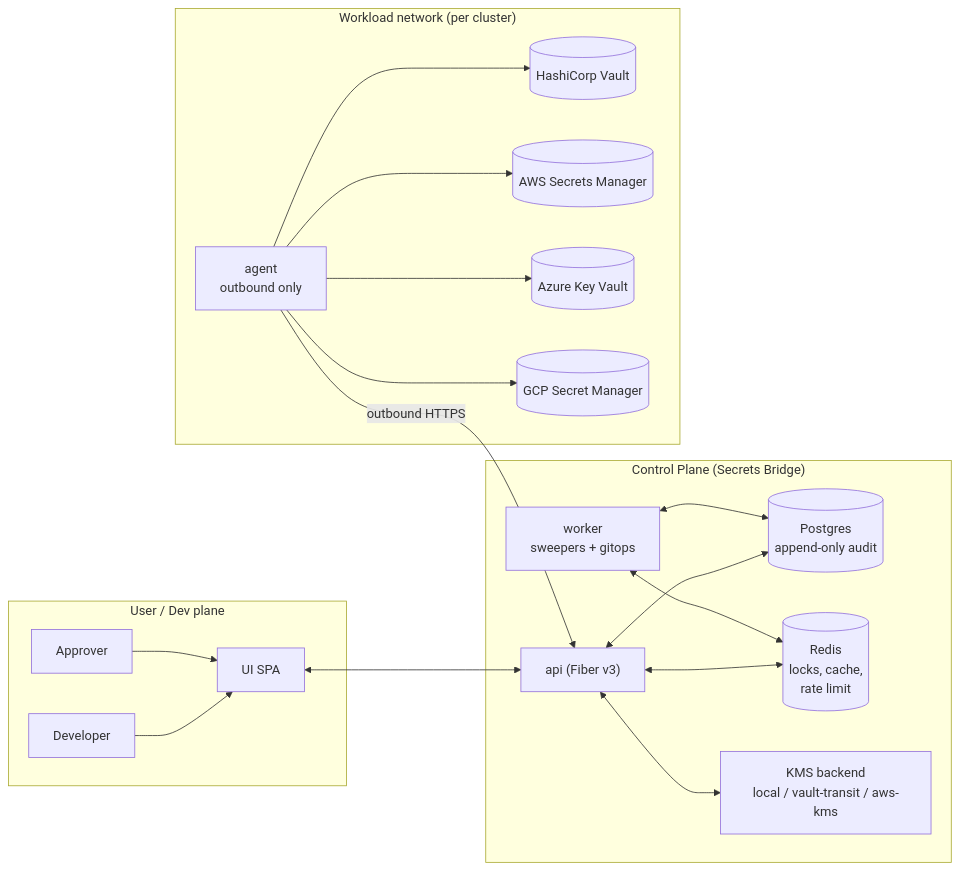
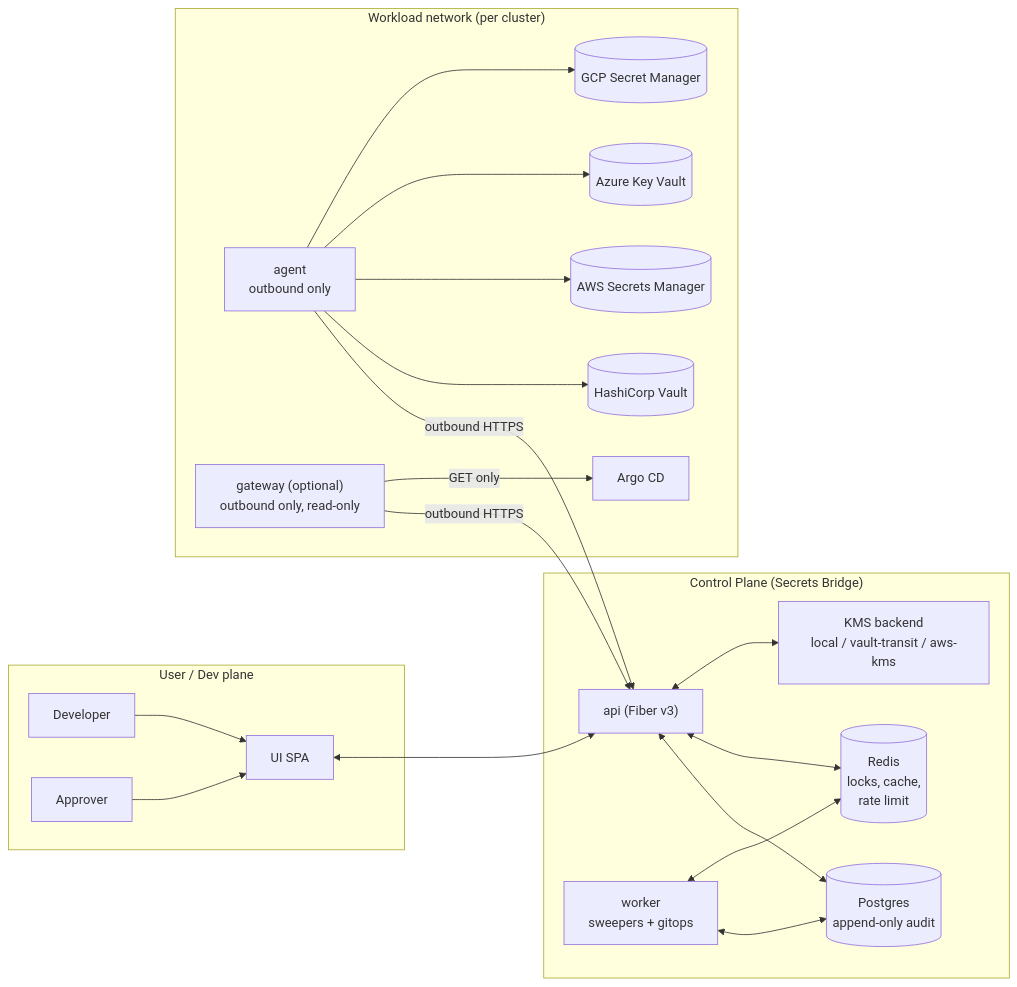
Before and after one commit to secrets-bridge/docs: the first of 5 diagrams in docs/overview/architecture.md, drawn with Mermaid. The commit also changed other lines of this file and 14 other files, not shown here.

First line of the commit message:
docs: the Gateway, Release 1 (Argo CD) (#70)

````diff
--- a/docs/overview/architecture.md
+++ b/docs/overview/architecture.md
@@ -7,38 +12,42 @@
 ```mermaid
 flowchart LR
     subgraph user_plane ["User / Dev plane"]
         UI["UI SPA"]
         Dev["Developer"]
         Approver["Approver"]
         Dev --> UI
         Approver --> UI
     end
 
     subgraph control_plane ["Control Plane (Secrets Bridge)"]
         API["api (Fiber v3)"]
         Postgres[("Postgres<br/>append-only audit")]
         Redis[("Redis<br/>locks, cache,<br/>rate limit")]
         Worker["worker<br/>sweepers + gitops"]
         KMS["KMS backend<br/>local / vault-transit / aws-kms"]
     end
 
     subgraph workload ["Workload network (per cluster)"]
         Agent["agent<br/>outbound only"]
+        Gateway["gateway (optional)<br/>outbound only, read-only"]
+        ArgoCD["Argo CD"]
         Vault[("HashiCorp Vault")]
         AWSSM[("AWS Secrets Manager")]
         AzureKV[("Azure Key Vault")]
         GCPSM[("GCP Secret Manager")]
     end
 
     UI <--> API
     API <--> Postgres
     API <--> Redis
     API <--> KMS
     Worker <--> Postgres
     Worker <--> Redis
     Agent -->|"outbound HTTPS"| API
     Agent --> Vault
     Agent --> AWSSM
     Agent --> AzureKV
     Agent --> GCPSM
+    Gateway -->|"outbound HTTPS"| API
+    Gateway -->|"GET only"| ArgoCD
 ```
````
